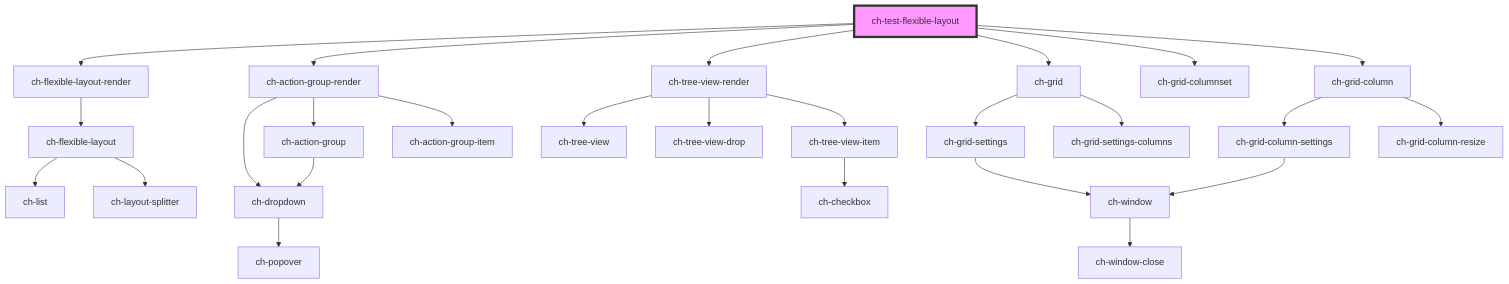
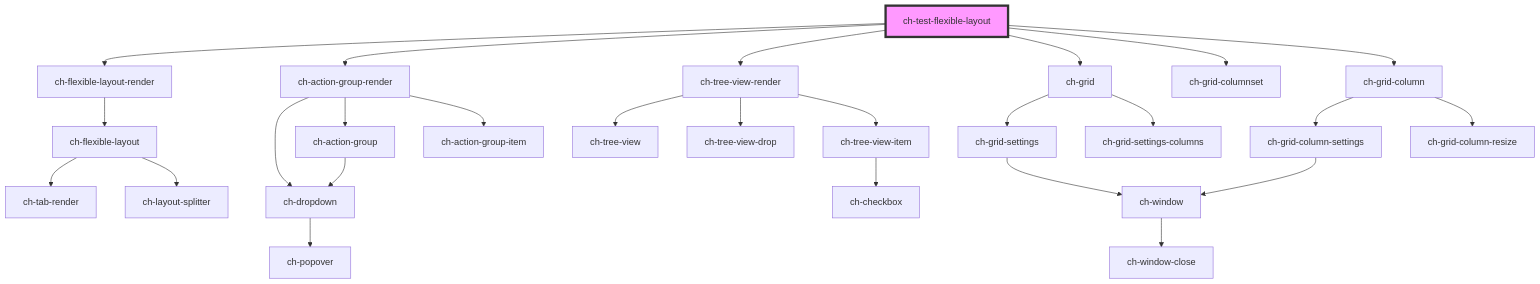
One commit to genexuslabs/chameleon-controls-library changed the diagram in src/components/test/test-flexible-layout/readme.md. Above: the diagram before and after it, drawn with Mermaid. The commit also changed 9 other files, not shown here.

````diff
--- a/src/components/test/test-flexible-layout/readme.md
+++ b/src/components/test/test-flexible-layout/readme.md
@@ -27,29 +27,29 @@
 ```mermaid
 graph TD;
   ch-test-flexible-layout --> ch-flexible-layout-render
   ch-test-flexible-layout --> ch-action-group-render
   ch-test-flexible-layout --> ch-tree-view-render
   ch-test-flexible-layout --> ch-grid
   ch-test-flexible-layout --> ch-grid-columnset
   ch-test-flexible-layout --> ch-grid-column
   ch-flexible-layout-render --> ch-flexible-layout
-  ch-flexible-layout --> ch-list
+  ch-flexible-layout --> ch-tab-render
   ch-flexible-layout --> ch-layout-splitter
   ch-action-group-render --> ch-dropdown
   ch-action-group-render --> ch-action-group
   ch-action-group-render --> ch-action-group-item
   ch-dropdown --> ch-popover
   ch-action-group --> ch-dropdown
   ch-tree-view-render --> ch-tree-view
   ch-tree-view-render --> ch-tree-view-drop
   ch-tree-view-render --> ch-tree-view-item
   ch-tree-view-item --> ch-checkbox
   ch-grid --> ch-grid-settings
   ch-grid --> ch-grid-settings-columns
   ch-grid-settings --> ch-window
   ch-window --> ch-window-close
   ch-grid-column --> ch-grid-column-settings
   ch-grid-column --> ch-grid-column-resize
   ch-grid-column-settings --> ch-window
   style ch-test-flexible-layout fill:#f9f,stroke:#333,stroke-width:4px
 ```
````
